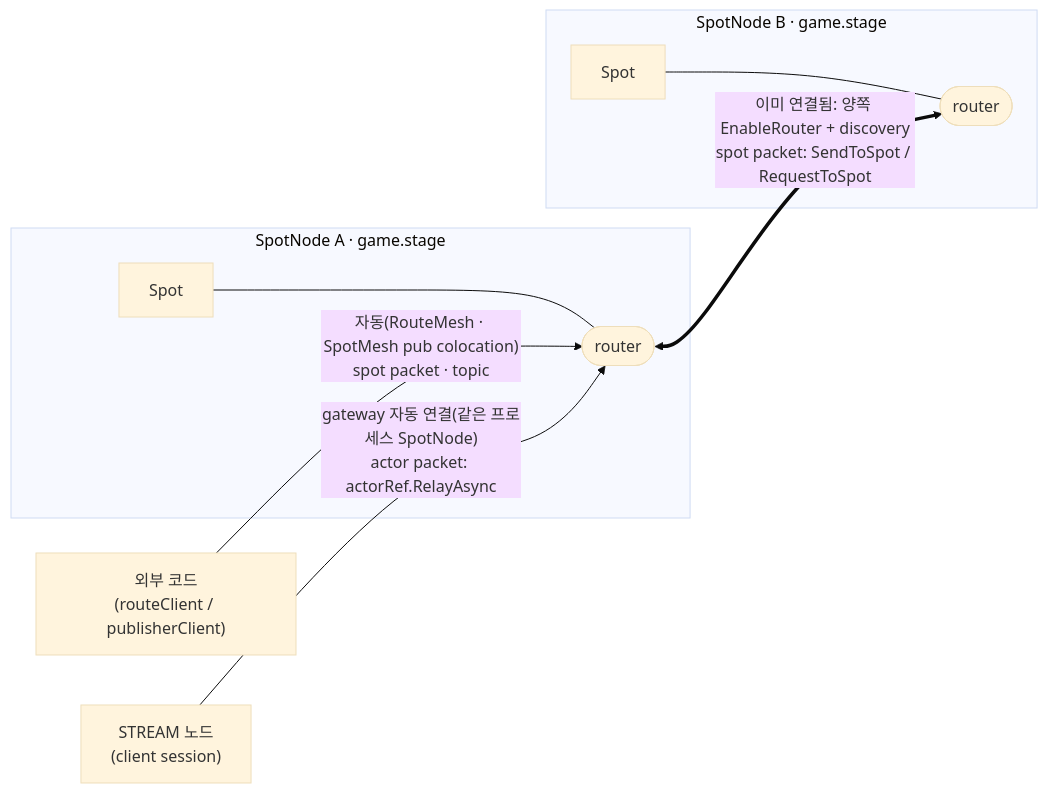
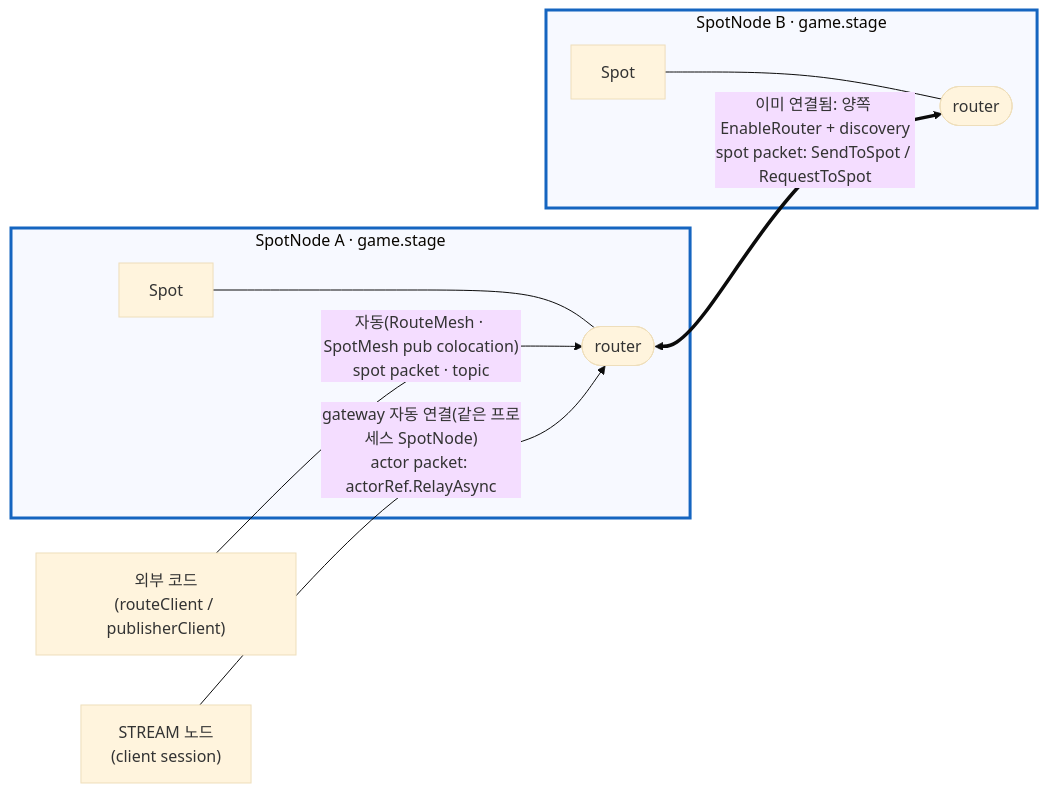
One commit to kairos-code-dev/zlink changed the seventh of 8 diagrams in framework/doc/framework/dotnet/guide/05-spot.ko.md. Above: the diagram before and after it, drawn with Mermaid (base theme). The commit also changed other lines of this file and 26 other files, not shown here.

````diff
--- a/framework/doc/framework/dotnet/guide/05-spot.ko.md
+++ b/framework/doc/framework/dotnet/guide/05-spot.ko.md
@@ -609,12 +613,14 @@
 ```mermaid
 flowchart LR
   subgraph nodeA["SpotNode A · game.stage"]
     spotA["Spot"] --- rA(["router"])
   end
   subgraph nodeB["SpotNode B · game.stage"]
     spotB["Spot"] --- rB(["router"])
   end
   rA <==>|"이미 연결됨: 양쪽 EnableRouter + discovery<br/>spot packet: SendToSpot / RequestToSpot"| rB
   api["외부 코드<br/>(routeClient / publisherClient)"] -->|"자동(RouteMesh · SpotMesh pub colocation)<br/>spot packet · topic"| rA
   strm["STREAM 노드<br/>(client session)"] -->|"gateway 자동 연결(같은 프로세스 SpotNode)<br/>actor packet: actorRef.RelayAsync"| rA
+  style nodeA stroke:#1565c0,stroke-width:3px
+  style nodeB stroke:#1565c0,stroke-width:3px
 ```
````
